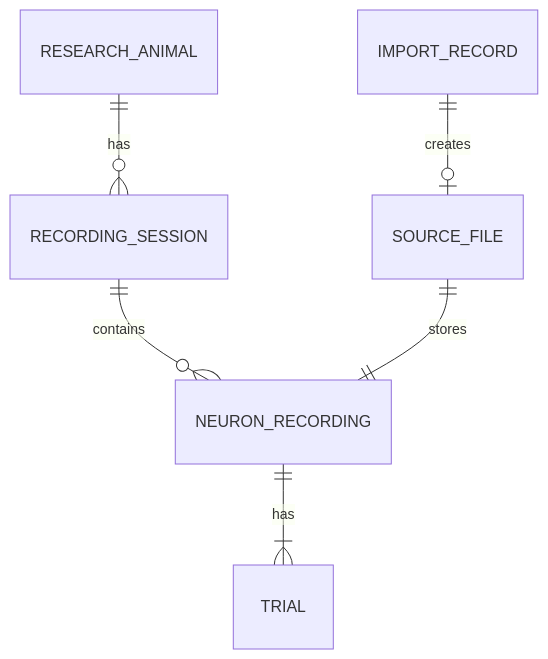
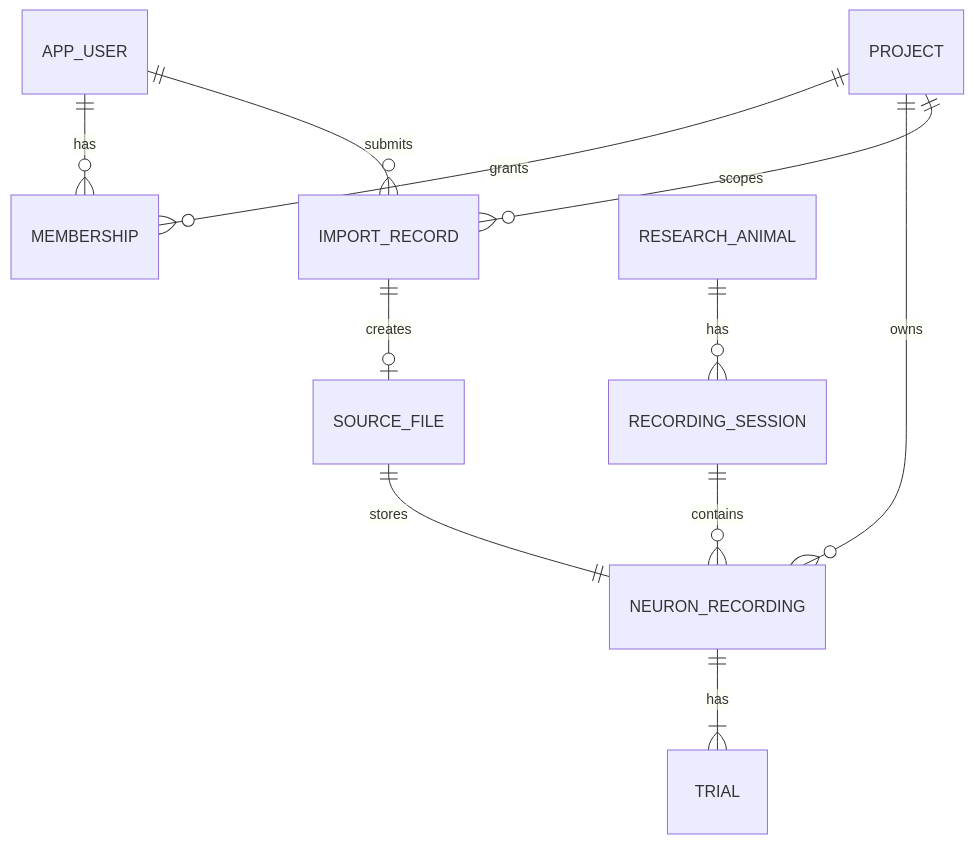
Before and after one commit to Sihai-Li/experimental_data_management_platform: the diagram in docs/database-design-v1.md, drawn with Mermaid. The commit also changed other lines of this file and 39 other files, not shown here.

````diff
--- a/docs/database-design-v1.md
+++ b/docs/database-design-v1.md
@@ -7,8 +7,13 @@
 ```mermaid
 erDiagram
+    APP_USER ||--o{ MEMBERSHIP : has
+    PROJECT ||--o{ MEMBERSHIP : grants
+    PROJECT ||--o{ NEURON_RECORDING : owns
+    PROJECT ||--o{ IMPORT_RECORD : scopes
+    APP_USER ||--o{ IMPORT_RECORD : submits
     RESEARCH_ANIMAL ||--o{ RECORDING_SESSION : has
     RECORDING_SESSION ||--o{ NEURON_RECORDING : contains
     NEURON_RECORDING ||--|{ TRIAL : has
     SOURCE_FILE ||--|| NEURON_RECORDING : stores
     IMPORT_RECORD ||--o| SOURCE_FILE : creates
 ```
````
